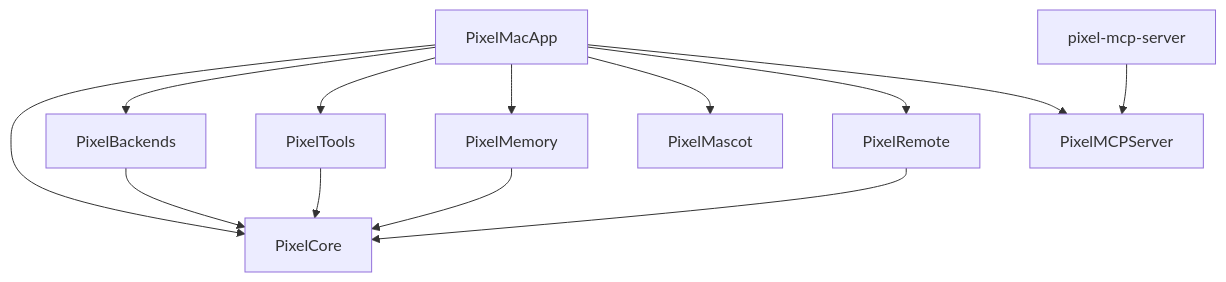
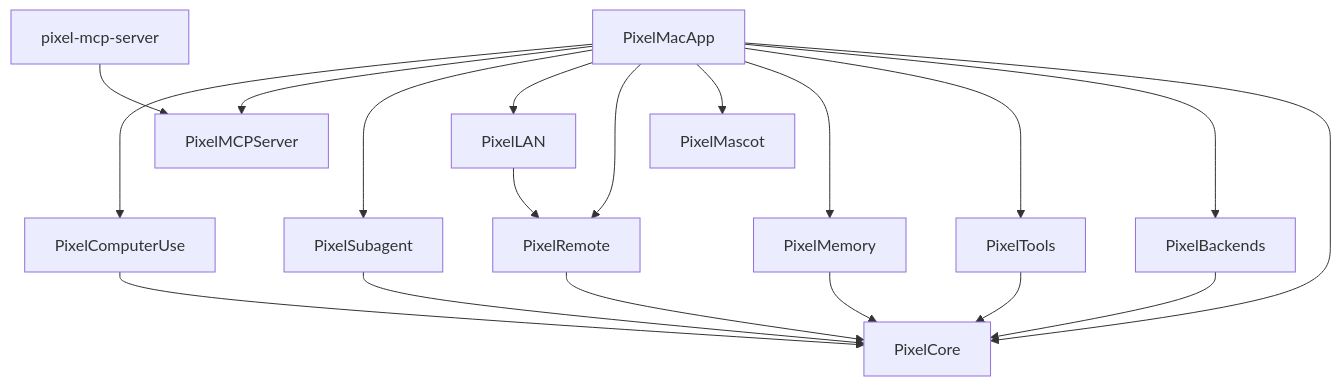
Before and after one commit to ErkutYavuzer/pixel-agent: the diagram in README.md, drawn with Mermaid. The commit also changed other lines of this file and 8 other files, not shown here.

````diff
--- a/README.md
+++ b/README.md
@@ -42,25 +175,34 @@
 ```mermaid
 graph TD
     App[PixelMacApp]
     MCP[pixel-mcp-server]
     Core[PixelCore]
     Backends[PixelBackends]
     Tools[PixelTools]
     Memory[PixelMemory]
     Mascot[PixelMascot]
     Remote[PixelRemote]
+    LAN[PixelLAN]
+    Subagent[PixelSubagent]
     MCPLib[PixelMCPServer]
+    CompUse[PixelComputerUse]
 
     App --> Core
     App --> Backends
     App --> Tools
     App --> Memory
     App --> Mascot
     App --> Remote
+    App --> LAN
+    App --> Subagent
     App --> MCPLib
+    App --> CompUse
     MCP --> MCPLib
     Backends --> Core
     Tools --> Core
     Memory --> Core
     Remote --> Core
+    LAN --> Remote
+    Subagent --> Core
+    CompUse --> Core
 ```
````
